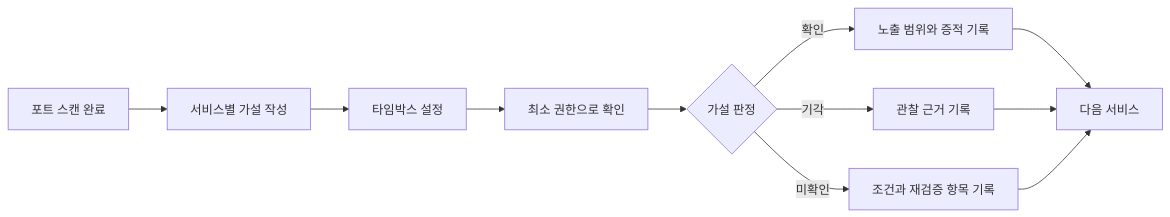
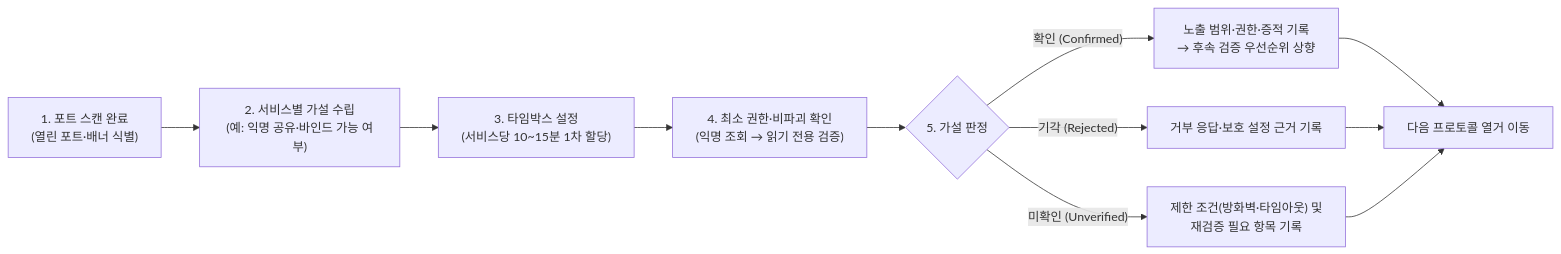
The diagram in content/모의해킹 기초/체계적 서비스 열거 플레이북 — SMB, LDAP, SNMP, MSSQL, NFS 프로토콜별 체크리스트.md (gooyong-sec/gooyong-sec.github.io), drawn with Mermaid before and after one commit. The commit also changed other lines of this file and 68 other files, not shown here.

````diff
--- a/content/모의해킹 기초/체계적 서비스 열거 플레이북 — SMB, LDAP, SNMP, MSSQL, NFS 프로토콜별 체크리스트.md
+++ b/content/모의해킹 기초/체계적 서비스 열거 플레이북 — SMB, LDAP, SNMP, MSSQL, NFS 프로토콜별 체크리스트.md
@@ -30,13 +18,13 @@
 ```mermaid
 flowchart LR
-    A[포트 스캔 완료] --> B[서비스별 가설 작성]
-    B --> C[타임박스 설정]
-    C --> D[최소 권한으로 확인]
-    D --> E{가설 판정}
-    E -->|확인| F[노출 범위와 증적 기록]
-    E -->|기각| G[관찰 근거 기록]
-    E -->|미확인| H[조건과 재검증 항목 기록]
-    F --> I[다음 서비스]
+    A["1. 포트 스캔 완료<br/>(열린 포트·배너 식별)"] --> B["2. 서비스별 가설 수립<br/>(예: 익명 공유·바인드 가능 여부)"]
+    B --> C["3. 타임박스 설정<br/>(서비스당 10~15분 1차 할당)"]
+    C --> D["4. 최소 권한·비파괴 확인<br/>(익명 조회 → 읽기 전용 검증)"]
+    D --> E{"5. 가설 판정"}
+    E -->|"확인 (Confirmed)"| F["노출 범위·권한·증적 기록<br/>→ 후속 검증 우선순위 상향"]
+    E -->|"기각 (Rejected)"| G["거부 응답·보호 설정 근거 기록"]
+    E -->|"미확인 (Unverified)"| H["제한 조건(방화벽·타임아웃) 및<br/>재검증 필요 항목 기록"]
+    F --> I["다음 프로토콜 열거 이동"]
     G --> I
     H --> I
 ```
````
